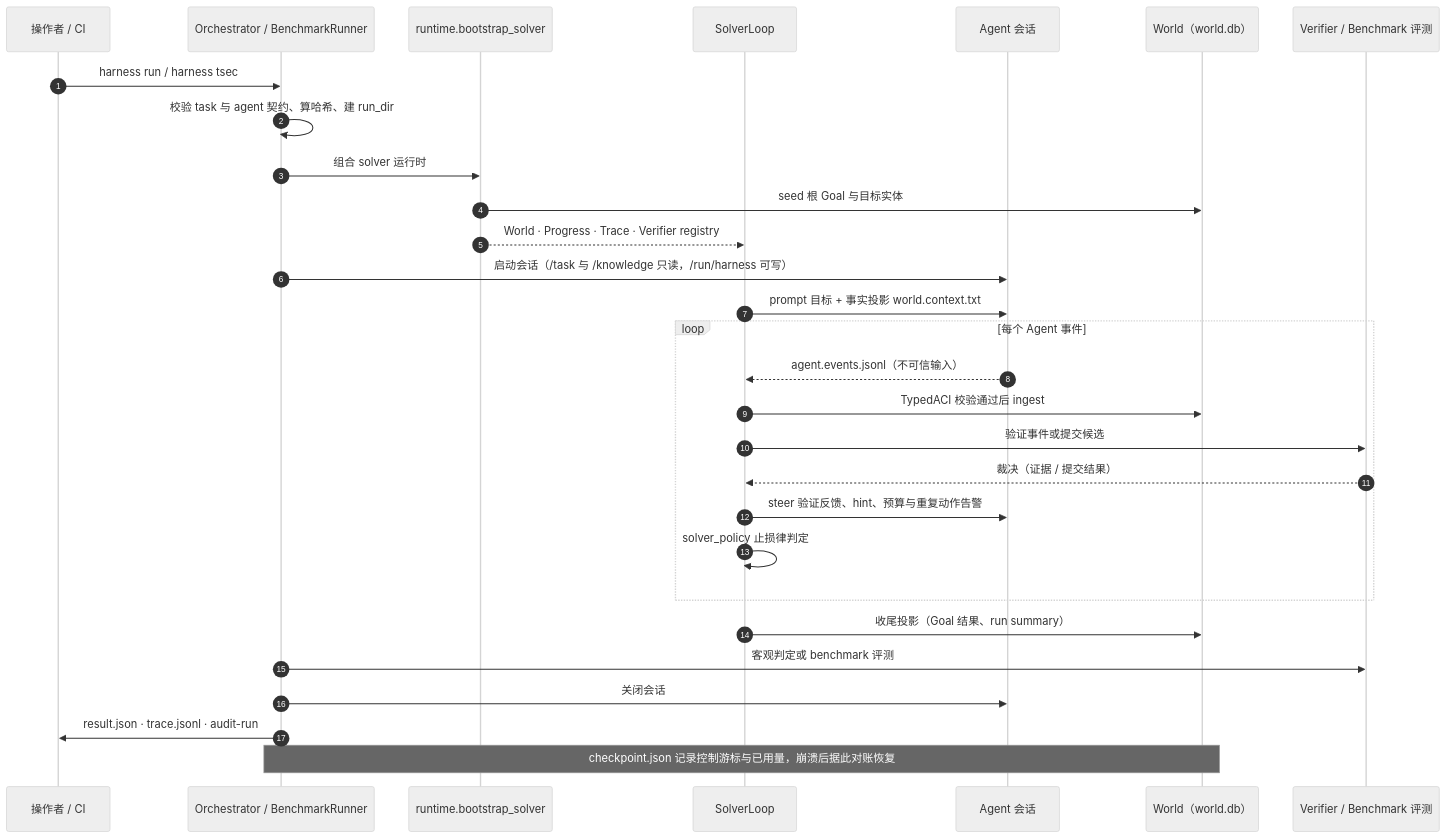
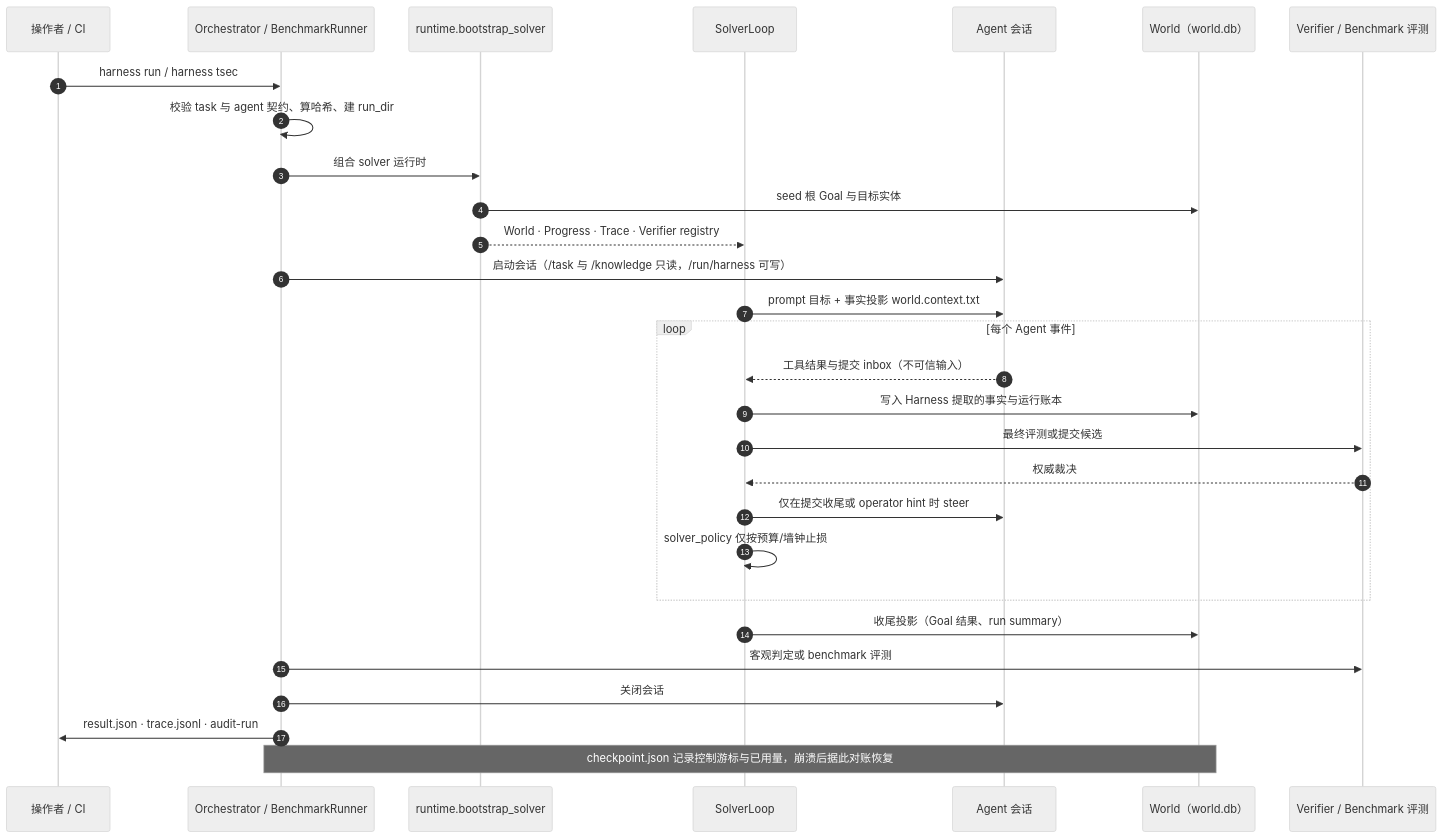
One commit to red-copilot/red-copilot changed the second of 5 diagrams in docs/architecture-map.md. Above: the diagram before and after it, drawn with Mermaid (neutral theme). The commit also changed other lines of this file and 38 other files, not shown here.

````diff
--- a/docs/architecture-map.md
+++ b/docs/architecture-map.md
@@ -76,32 +76,32 @@
 ```mermaid
 sequenceDiagram
     autonumber
     participant OP as 操作者 / CI
     participant EN as Orchestrator / BenchmarkRunner
     participant BOOT as runtime.bootstrap_solver
     participant SL as SolverLoop
     participant AG as Agent 会话
     participant W as World（world.db）
     participant VE as Verifier / Benchmark 评测
 
     OP->>EN: harness run / harness tsec
     EN->>EN: 校验 task 与 agent 契约、算哈希、建 run_dir
     EN->>BOOT: 组合 solver 运行时
     BOOT->>W: seed 根 Goal 与目标实体
     BOOT-->>SL: World · Progress · Trace · Verifier registry
     EN->>AG: 启动会话（/task 与 /knowledge 只读，/run/harness 可写）
     SL->>AG: prompt 目标 + 事实投影 world.context.txt
     loop 每个 Agent 事件
-        AG-->>SL: agent.events.jsonl（不可信输入）
-        SL->>W: TypedACI 校验通过后 ingest
-        SL->>VE: 验证事件或提交候选
-        VE-->>SL: 裁决（证据 / 提交结果）
-        SL->>AG: steer 验证反馈、hint、预算与重复动作告警
-        SL->>SL: solver_policy 止损律判定
+        AG-->>SL: 工具结果与提交 inbox（不可信输入）
+        SL->>W: 写入 Harness 提取的事实与运行账本
+        SL->>VE: 最终评测或提交候选
+        VE-->>SL: 权威裁决
+        SL->>AG: 仅在提交收尾或 operator hint 时 steer
+        SL->>SL: solver_policy 仅按预算/墙钟止损
     end
     SL->>W: 收尾投影（Goal 结果、run summary）
     EN->>VE: 客观判定或 benchmark 评测
     EN->>AG: 关闭会话
     EN->>OP: result.json · trace.jsonl · audit-run
     Note over EN, W: checkpoint.json 记录控制游标与已用量，崩溃后据此对账恢复
 ```
````
